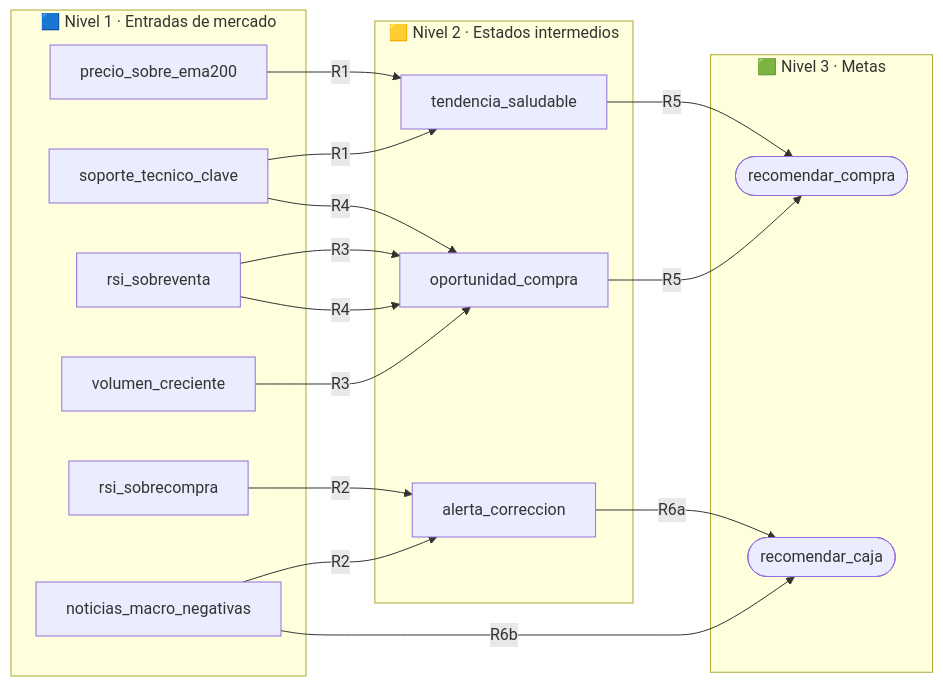
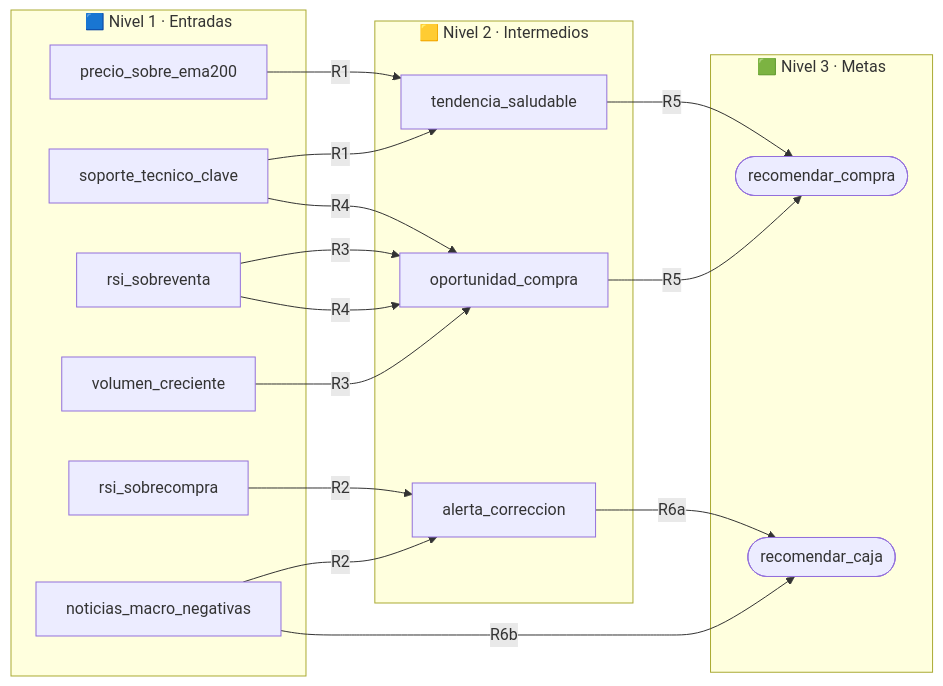
One commit to SantiagoCordobaT/Proyecto_TercerCorteIAIA changed the diagram in README.md. Above: the diagram before and after it, drawn with Mermaid. The commit also changed other lines of this file and 7 other files, not shown here.

````diff
--- a/README.md
+++ b/README.md
@@ -68,30 +63,27 @@
 ```mermaid
 flowchart LR
-    subgraph N1["🟦 Nivel 1 · Entradas de mercado"]
+    subgraph N1["🟦 Nivel 1 · Entradas"]
         A1[precio_sobre_ema200]
         A2[soporte_tecnico_clave]
         A3[rsi_sobreventa]
         A4[volumen_creciente]
         A5[rsi_sobrecompra]
         A6[noticias_macro_negativas]
     end
-
-    subgraph N2["🟨 Nivel 2 · Estados intermedios"]
+    subgraph N2["🟨 Nivel 2 · Intermedios"]
         B1[tendencia_saludable]
         B2[oportunidad_compra]
         B3[alerta_correccion]
     end
-
     subgraph N3["🟩 Nivel 3 · Metas"]
         C1([recomendar_compra])
         C2([recomendar_caja])
     end
-
     A1 & A2 -->|R1| B1
     A5 & A6 -->|R2| B3
     A3 & A4 -->|R3| B2
     A3 & A2 -->|R4| B2
     B1 & B2 -->|R5| C1
     B3 -->|R6a| C2
     A6 -->|R6b| C2
 ```
````
